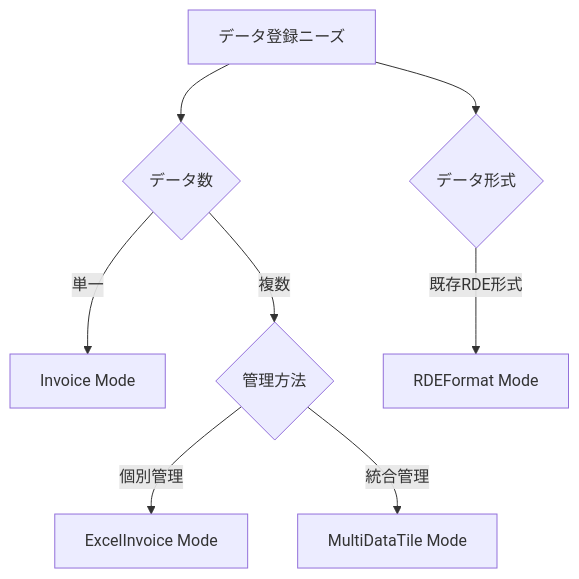
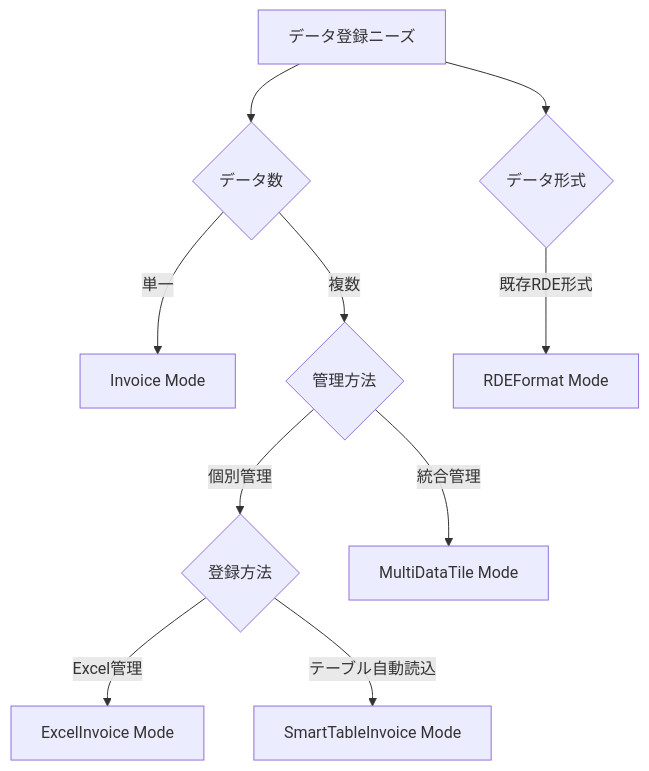
One commit to nims-mdpf/rdetoolkit changed the first of 2 diagrams in docs/usage/config/mode.ja.md. Above: the diagram before and after it, drawn with Mermaid. The commit also changed other lines of this file and 1 other file, not shown here.

Commit message:
docs: update mode documentation to include SmartTableInvoice mode

````diff
--- a/docs/usage/config/mode.ja.md
+++ b/docs/usage/config/mode.ja.md
@@ -22,10 +22,12 @@
 ```mermaid
 flowchart TD
     A[データ登録ニーズ] --> B{データ数}
     B -->|単一| C[Invoice Mode]
     B -->|複数| D{管理方法}
-    D -->|個別管理| E[ExcelInvoice Mode]
-    D -->|統合管理| F[MultiDataTile Mode]
-    A --> G{データ形式}
-    G -->|既存RDE形式| H[RDEFormat Mode]
+    D -->|個別管理| E{登録方法}
+    E -->|Excel管理| F[ExcelInvoice Mode]
+    E -->|テーブル自動読込| G[SmartTableInvoice Mode]
+    D -->|統合管理| H[MultiDataTile Mode]
+    A --> I{データ形式}
+    I -->|既存RDE形式| J[RDEFormat Mode]
 ```
````
